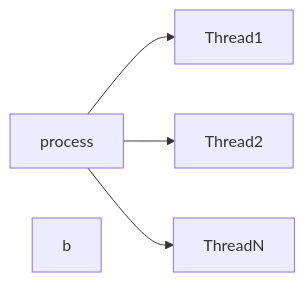
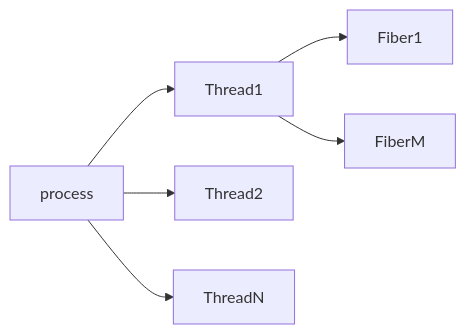
Before and after one commit to CaelmBleidd/OS: the diagram in Mayatin.md, drawn with Mermaid. The commit also changed other lines of this file, not shown here.

````diff
--- a/Mayatin.md
+++ b/Mayatin.md
@@ -187,7 +187,8 @@
 ``` mermaid
 graph LR
 A[process] --> B[Thread1] 
 A[process] --> C[Thread2]
 A[process] --> D[ThreadN]
-b
+B --> E[Fiber1]
+B --> F[FiberM]
 ```
````
